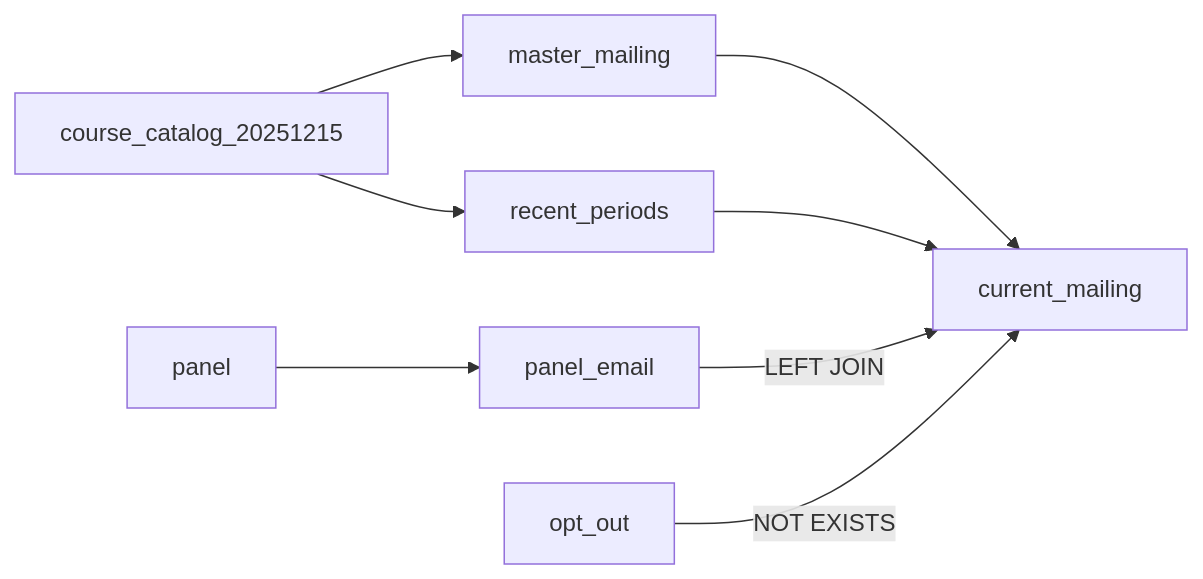
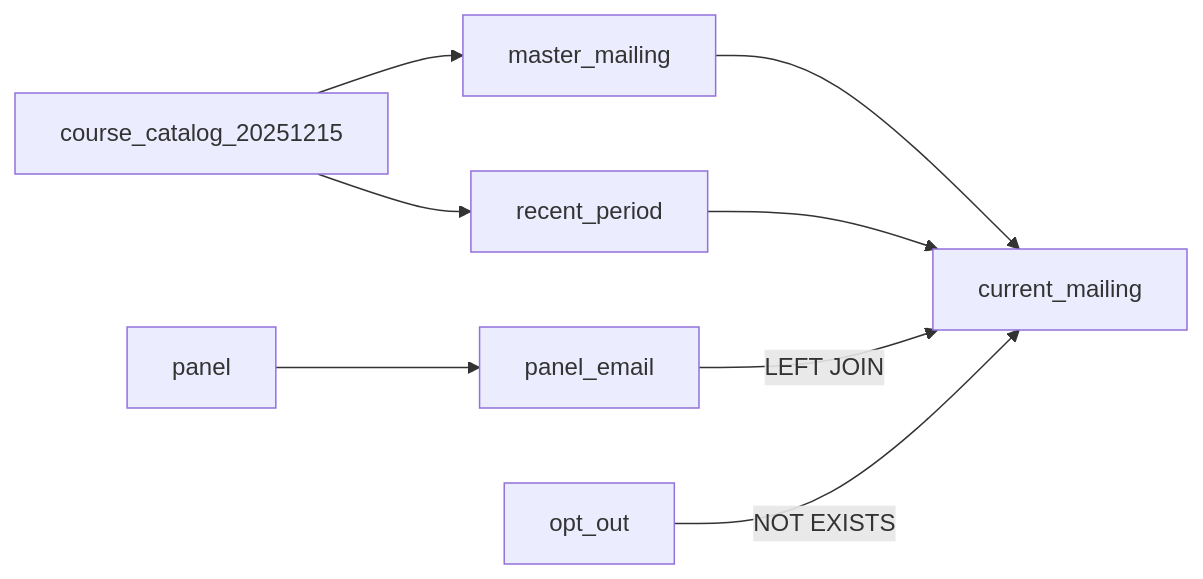
One commit to christopherseaman/commodoreSQL changed the diagram in MAILING-FLOW.md. Above: the diagram before and after it, drawn with Mermaid. The commit also changed other lines of this file and 104 other files, not shown here.

Commit message:
refactor: standardize material flow and sample names

````diff
--- a/MAILING-FLOW.md
+++ b/MAILING-FLOW.md
@@ -9,10 +9,10 @@
 ```mermaid
 flowchart LR
     S[course_catalog_20251215] --> M[master_mailing]
-    S --> R[recent_periods]
+    S --> R[recent_period]
     M --> W[current_mailing]
     R --> W
     H[panel] --> P[panel_email]
     P -->|LEFT JOIN| W
     O[opt_out] -->|NOT EXISTS| W
 ```
````
